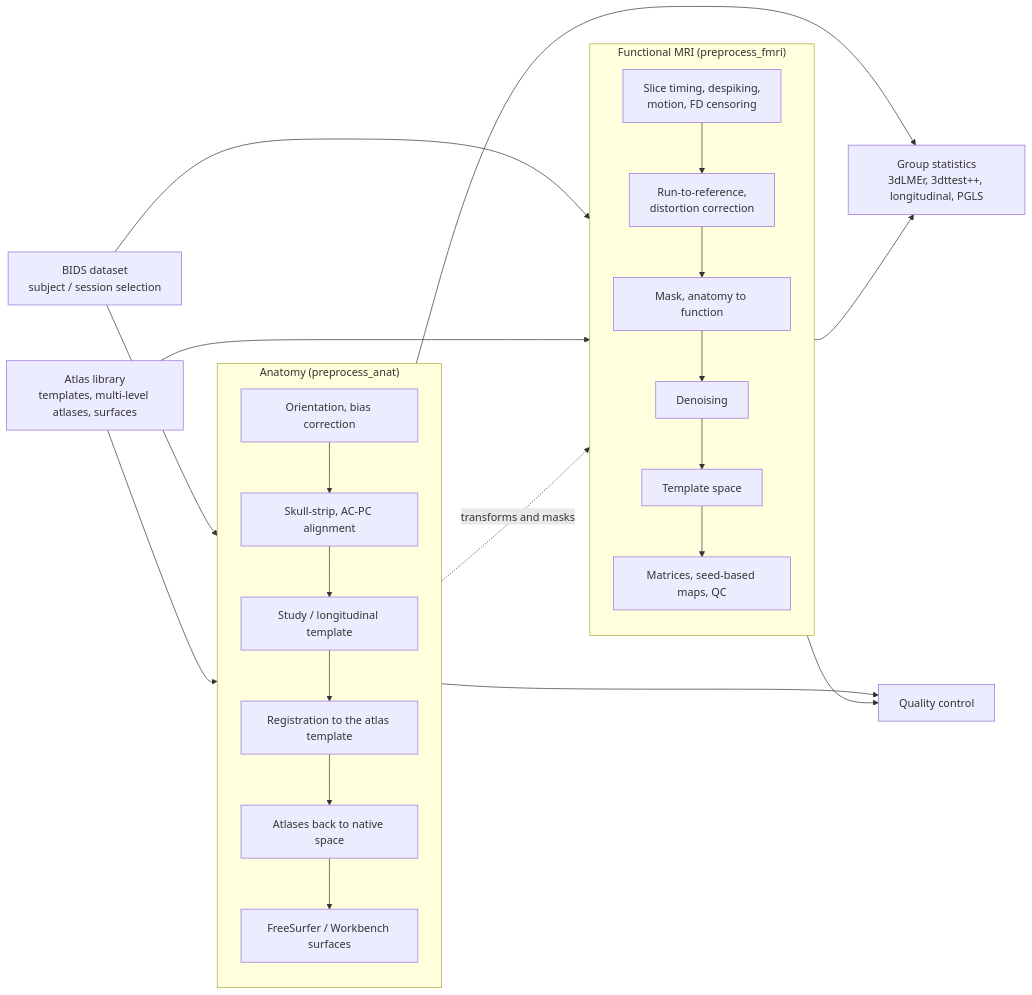
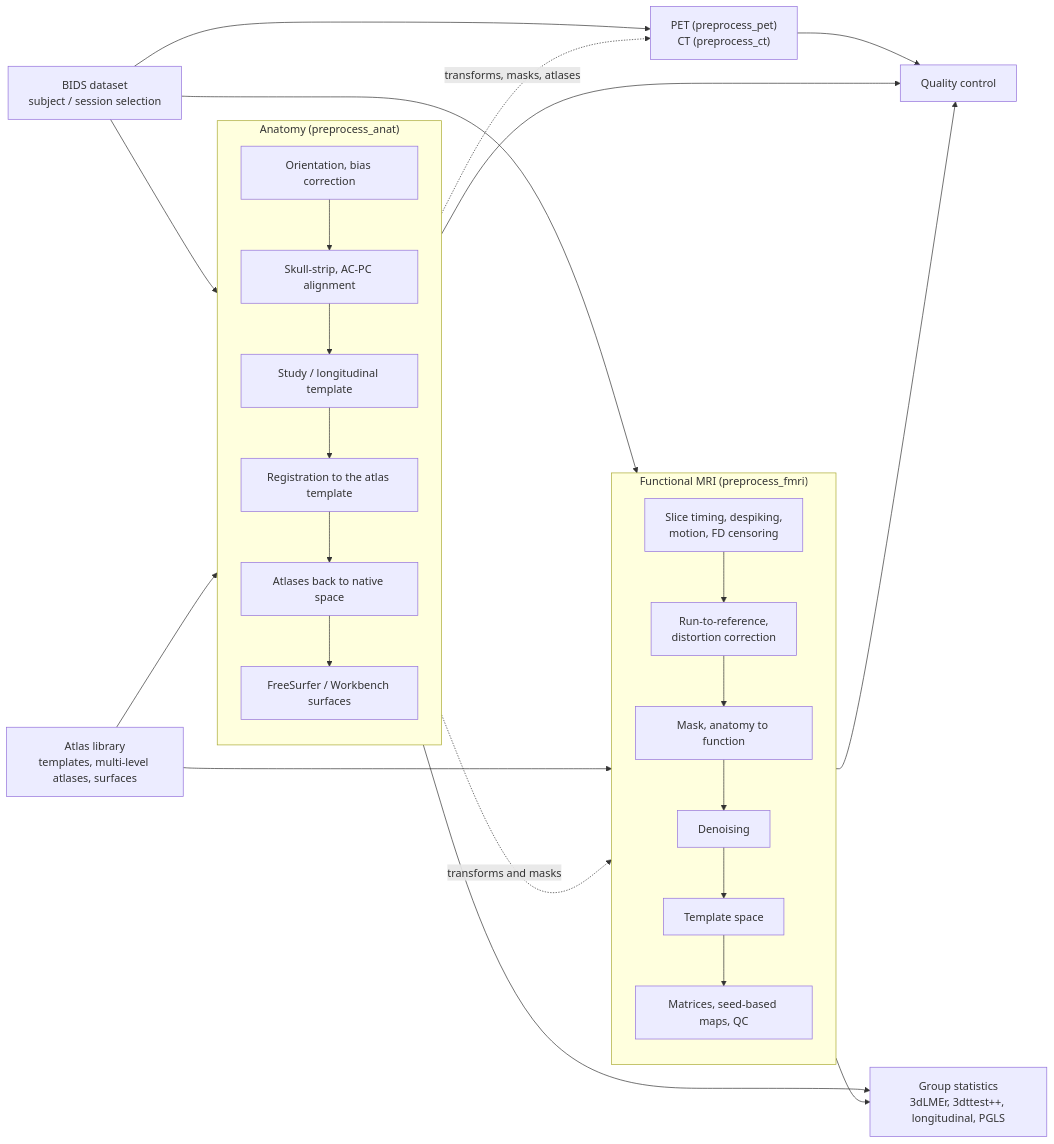
One commit to garincle/EDNiX changed the diagram in README.md. Above: the diagram before and after it, drawn with Mermaid. The commit also changed other lines of this file and 28 other files, not shown here.

````diff
--- a/README.md
+++ b/README.md
@@ -21,27 +22,30 @@
 ```mermaid
 flowchart LR
     BIDS["BIDS dataset<br>subject / session selection"] --> ANAT
     BIDS --> FMRI
     ATLAS["Atlas library<br>templates, multi-level atlases, surfaces"] --> ANAT
     ATLAS --> FMRI
 
     subgraph ANAT["Anatomy (preprocess_anat)"]
         direction TB
         A1["Orientation, bias correction"] --> A2["Skull-strip, AC-PC alignment"]
         A2 --> A3["Study / longitudinal template"] --> A4["Registration to the atlas template"]
         A4 --> A5["Atlases back to native space"] --> A6["FreeSurfer / Workbench surfaces"]
     end
 
     subgraph FMRI["Functional MRI (preprocess_fmri)"]
         direction TB
         F1["Slice timing, despiking,<br>motion, FD censoring"] --> F2["Run-to-reference,<br>distortion correction"]
         F2 --> F3["Mask, anatomy to function"] --> F4["Denoising"]
         F4 --> F5["Template space"] --> F6["Matrices, seed-based maps, QC"]
     end
 
+    BIDS --> PET["PET (preprocess_pet)<br>CT (preprocess_ct)"]
     ANAT -. "transforms and masks" .-> FMRI
+    ANAT -. "transforms, masks, atlases" .-> PET
+    PET --> QC
     ANAT --> STATS["Group statistics<br>3dLMEr, 3dttest++, longitudinal, PGLS"]
     FMRI --> STATS
     ANAT --> QC["Quality control"]
     FMRI --> QC
 ```
````
